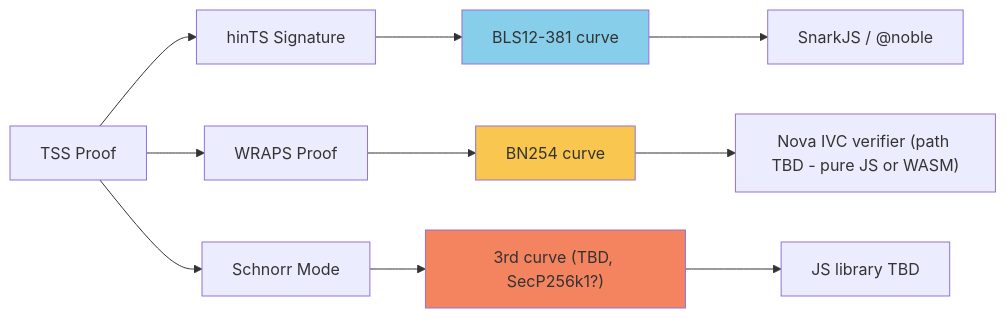
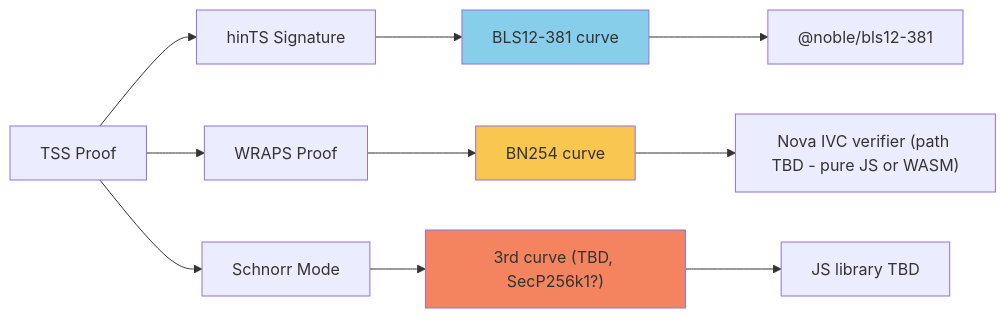
The third of 3 diagrams in docs/design/js-tss-verification-library.md (hiero-ledger/hiero-block-node), drawn with Mermaid before and after one commit. The commit also changed other lines of this file, not shown here.

````diff
--- a/docs/design/js-tss-verification-library.md
+++ b/docs/design/js-tss-verification-library.md
@@ -552,18 +552,18 @@
 ```mermaid
 graph LR
     TSS["TSS Proof"] --> HINTS["hinTS Signature"]
     TSS --> WRAPS["WRAPS Proof"]
     TSS --> BOOT["Schnorr Mode"]
 
     HINTS --> BLS["BLS12-381 curve"]
     WRAPS --> BN["BN254 curve"]
     BOOT --> THIRD["3rd curve (TBD, SecP256k1?)"]
 
-    BLS --> SNARK["SnarkJS / @noble"]
+    BLS --> SNARK["@noble/bls12-381"]
     BN --> SNARK2["Nova IVC verifier (path TBD - pure JS or WASM)"]
     THIRD --> TBD["JS library TBD"]
 
     style BLS fill:#87ceeb
     style BN fill:#f9c74f
     style THIRD fill:#f4845f
 ```
````
